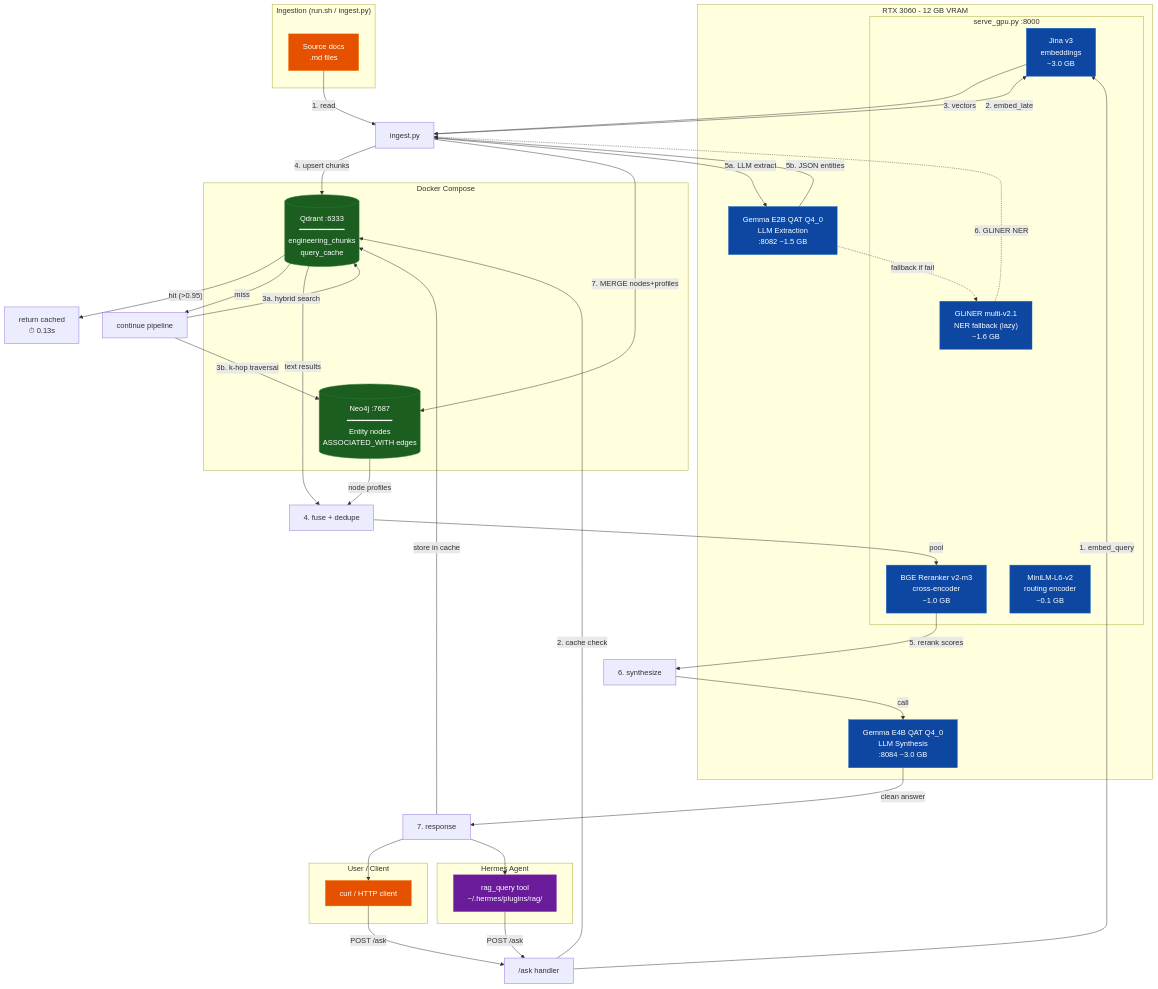
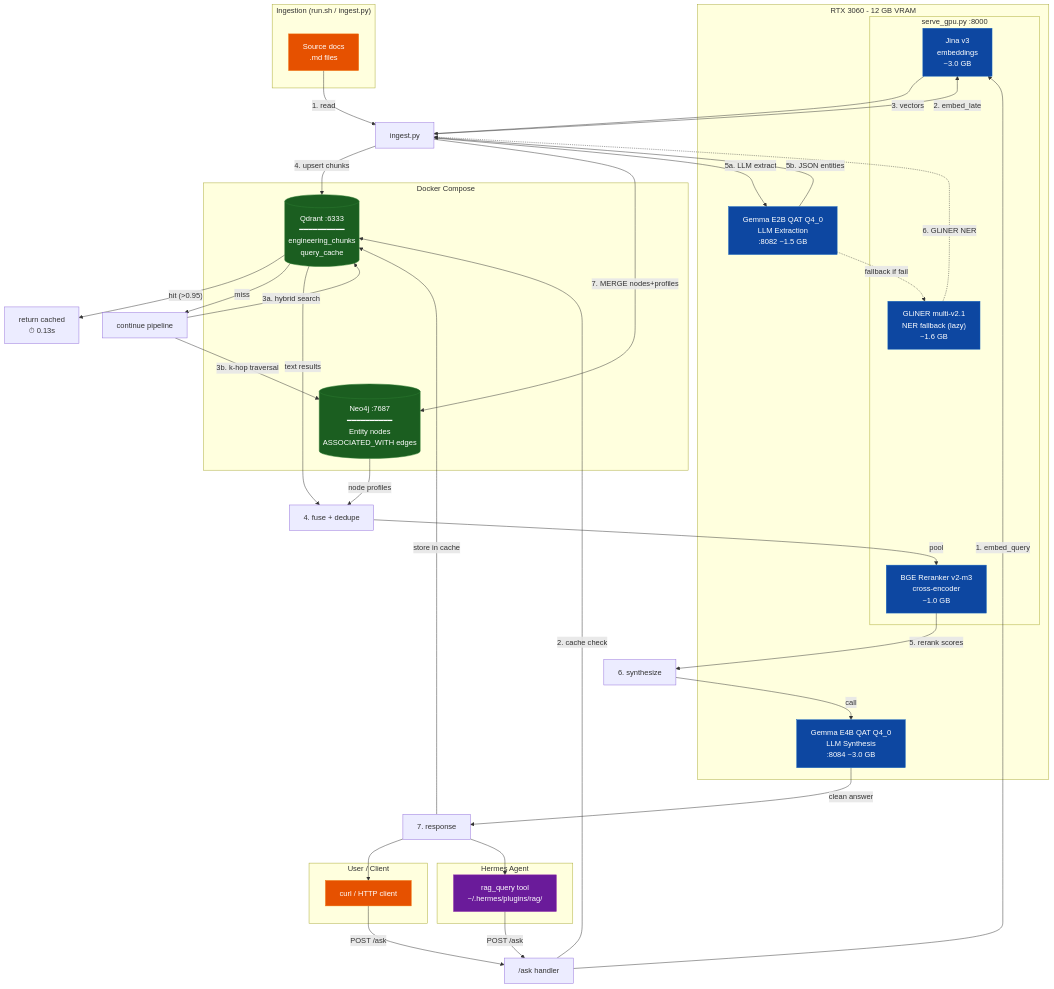
One commit to reinhardjs/polyglot-graphrag changed the diagram in docs/full-architecture.md. Above: the diagram before and after it, drawn with Mermaid. The commit also changed other lines of this file and 3 other files, not shown here.

First line of the commit message:
v2.2.1 — remove MiniLM zero-shot routing (benchmarked at 50% accuracy)

````diff
--- a/docs/full-architecture.md
+++ b/docs/full-architecture.md
@@ -299,71 +298,70 @@
 ```mermaid
 graph TB
     subgraph GPU["RTX 3060 - 12 GB VRAM"]
         subgraph Daemon["serve_gpu.py :8000"]
             JINA["Jina v3<br/>embeddings<br/>~3.0 GB"]
             BGE["BGE Reranker v2-m3<br/>cross-encoder<br/>~1.0 GB"]
-            MINI["MiniLM-L6-v2<br/>routing encoder<br/>~0.1 GB"]
             GLINER["GLiNER multi-v2.1<br/>NER fallback (lazy)<br/>~1.6 GB"]
         end
         E2B["Gemma E2B QAT Q4_0<br/>LLM Extraction<br/>:8082 ~1.5 GB"]
         E4B["Gemma E4B QAT Q4_0<br/>LLM Synthesis<br/>:8084 ~3.0 GB"]
     end
 
     subgraph Storage["Docker Compose"]
         QDRANT[("Qdrant :6333<br/>━━━━━━━━━━<br/>engineering_chunks<br/>query_cache")]
         NEO4J[("Neo4j :7687<br/>━━━━━━━━━━<br/>Entity nodes<br/>ASSOCIATED_WITH edges")]
     end
 
     subgraph Agent["Hermes Agent"]
         PLUGIN["rag_query tool<br/>~/.hermes/plugins/rag/"]
     end
 
     subgraph Ingest["Ingestion (run.sh / ingest.py)"]
         DOCS["Source docs<br/>.md files"]
     end
 
     subgraph User["User / Client"]
         CURL["curl / HTTP client"]
     end
 
     %% ---- INGEST PATH ----
     DOCS -->|"1. read"| INGEST_PY["ingest.py"]
     INGEST_PY -->|"2. embed_late"| JINA
     JINA -->|"3. vectors"| INGEST_PY
     INGEST_PY -->|"4. upsert chunks"| QDRANT
     INGEST_PY -->|"5a. LLM extract"| E2B
     E2B -.->|"fallback if fail"| GLINER
     GLINER -.->|"6. GLiNER NER"| INGEST_PY
     E2B -->|"5b. JSON entities"| INGEST_PY
     INGEST_PY -->|"7. MERGE nodes+profiles"| NEO4J
 
     %% ---- QUERY PATH ----
     CURL -->|"POST /ask"| ASK_HANDLER["/ask handler"]
     PLUGIN -->|"POST /ask"| ASK_HANDLER
     ASK_HANDLER -->|"1. embed_query"| JINA
     ASK_HANDLER -->|"2. cache check"| QDRANT
     QDRANT -->|"hit (>0.95)"| CACHE_RET["return cached<br/>⏱ 0.13s"]
     QDRANT -->|"miss"| CONTINUE["continue pipeline"]
     CONTINUE -->|"3a. hybrid search"| QDRANT
     CONTINUE -->|"3b. k-hop traversal"| NEO4J
     QDRANT -->|"text results"| FUSE["4. fuse + dedupe"]
     NEO4J -->|"node profiles"| FUSE
     FUSE -->|"pool"| BGE
     BGE -->|"5. rerank scores"| SYNTH["6. synthesize"]
     SYNTH -->|"call"| E4B
     E4B -->|"clean answer"| RESPONSE["7. response"]
     RESPONSE -->|"store in cache"| QDRANT
     RESPONSE --> CURL
     RESPONSE --> PLUGIN
 
     %% ---- STYLING ----
     classDef gpu fill:#0d47a1,color:#fff,stroke:#1565c0
     classDef db fill:#1b5e20,color:#fff,stroke:#2e7d32
     classDef agent fill:#6a1b9a,color:#fff,stroke:#8e24aa
     classDef user fill:#e65100,color:#fff,stroke:#ef6c00
 
-    class JINA,BGE,MINI,GLINER,E2B,E4B gpu
+    class JINA,BGE,GLINER,E2B,E4B gpu
     class QDRANT,NEO4J db
     class PLUGIN agent
     class CURL,DOCS user
 ```
````
